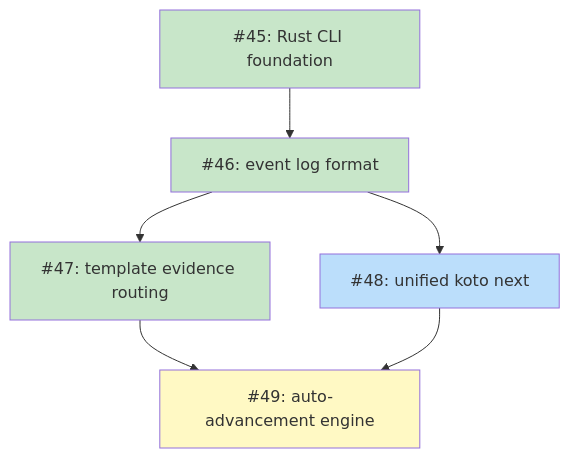
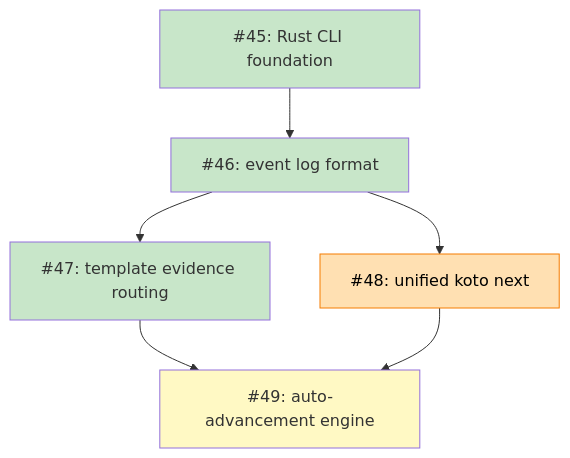
Before and after one commit to tsukumogami/koto: the diagram in docs/plans/PLAN-unified-koto-next.md, drawn with Mermaid. The commit also changed 11 other files, not shown here.

````diff
--- a/docs/plans/PLAN-unified-koto-next.md
+++ b/docs/plans/PLAN-unified-koto-next.md
@@ -49,28 +49,28 @@
 ```mermaid
 graph TD
     I45["#45: Rust CLI foundation"]
     I46["#46: event log format"]
     I47["#47: template evidence routing"]
     I48["#48: unified koto next"]
     I49["#49: auto-advancement engine"]
 
     I45 --> I46
     I46 --> I47
     I46 --> I48
     I47 --> I49
     I48 --> I49
 
     classDef done fill:#c8e6c9
     classDef ready fill:#bbdefb
     classDef blocked fill:#fff9c4
     classDef needsDesign fill:#e1bee7
     classDef needsPrd fill:#b3e5fc
     classDef needsSpike fill:#ffcdd2
     classDef needsDecision fill:#d1c4e9
     classDef tracksDesign fill:#FFE0B2,stroke:#F57C00,color:#000
     classDef tracksPlan fill:#FFE0B2,stroke:#F57C00,color:#000
 
     class I45,I46,I47 done
-    class I48 ready
+    class I48 tracksDesign
     class I49 blocked
 ```
````
